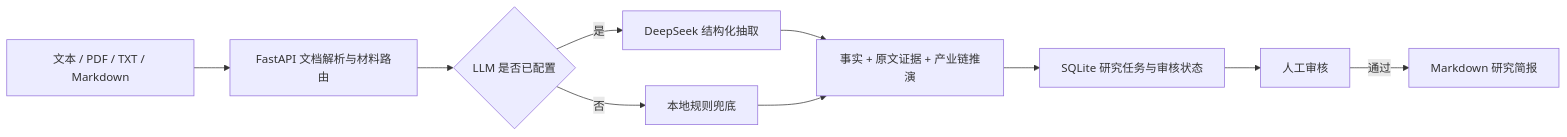
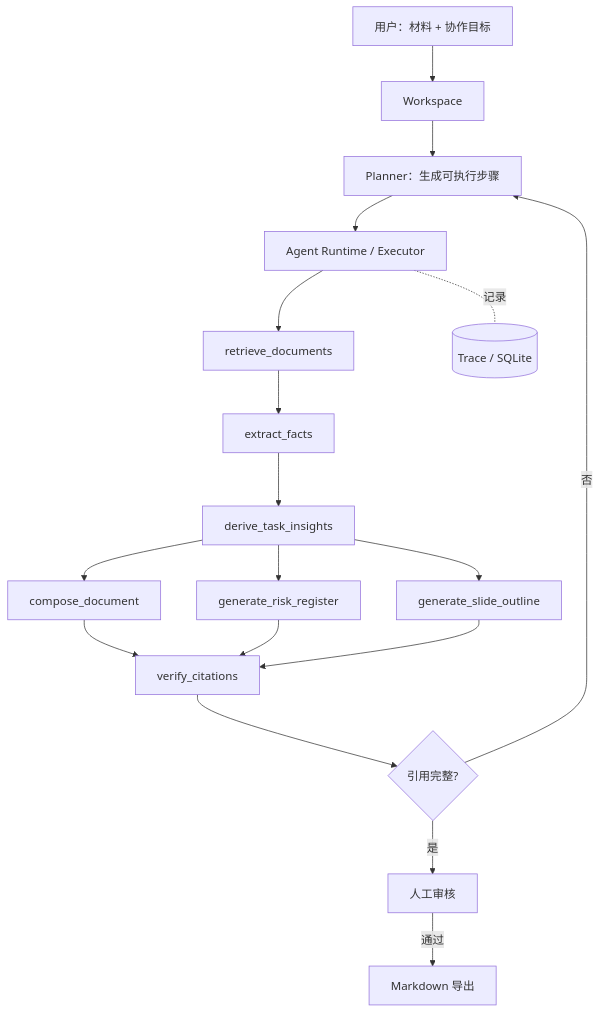
One commit to YanCastroJoe/ai-industry-research-assistant changed the diagram in README.md. Above: the diagram before and after it, drawn with Mermaid. The commit also changed other lines of this file and 9 other files, not shown here.

````diff
--- a/README.md
+++ b/README.md
@@ -16,12 +19,20 @@
 ```mermaid
-flowchart LR
-    A[文本 / PDF / TXT / Markdown] --> B[FastAPI 文档解析与材料路由]
-    B --> C{LLM 是否已配置}
-    C -->|是| D[DeepSeek 结构化抽取]
-    C -->|否| E[本地规则兜底]
-    D --> F[事实 + 原文证据 + 产业链推演]
-    E --> F
-    F --> G[SQLite 研究任务与审核状态]
-    G --> H[人工审核]
-    H -->|通过| I[Markdown 研究简报]
+flowchart TD
+    A[用户：材料 + 协作目标] --> B[Workspace]
+    B --> C[Planner：生成可执行步骤]
+    C --> D[Agent Runtime / Executor]
+    D --> E[retrieve_documents]
+    E --> F[extract_facts]
+    F --> X[derive_task_insights]
+    X --> G[compose_document]
+    X --> H[generate_risk_register]
+    X --> I[generate_slide_outline]
+    G --> J[verify_citations]
+    H --> J
+    I --> J
+    J --> K{引用完整?}
+    K -->|是| L[人工审核]
+    K -->|否| C
+    L -->|通过| M[Markdown 导出]
+    D -.记录.- N[(Trace / SQLite)]
 ```
````
